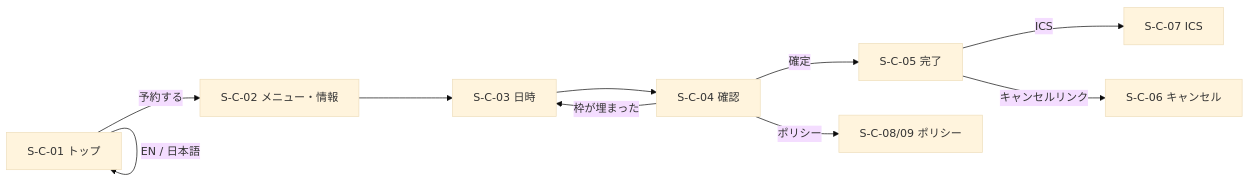
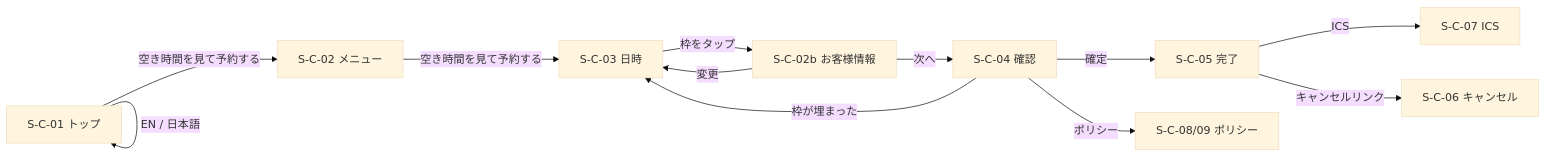
The fourth of 5 diagrams in docs/02_requirements/requirements.md (kaz-ma/barber-booking), drawn with Mermaid (base theme) before and after one commit. The commit also changed other lines of this file and 13 other files, not shown here.

````diff
--- a/docs/02_requirements/requirements.md
+++ b/docs/02_requirements/requirements.md
@@ -319,12 +323,14 @@
 ```mermaid
 flowchart LR
-  T["S-C-01 トップ"] -->|予約する| B1["S-C-02 メニュー・情報"]
-  B1 --> B2["S-C-03 日時"]
-  B2 --> B3["S-C-04 確認"]
-  B3 -->|確定| D["S-C-05 完了"]
-  B3 -->|枠が埋まった| B2
-  D -->|ICS| I["S-C-07 ICS"]
-  D -->|キャンセルリンク| X["S-C-06 キャンセル"]
-  B3 -->|ポリシー| P["S-C-08/09 ポリシー"]
-  T -->|EN / 日本語| T
+  T["S-C-01 トップ"] -->|"空き時間を見て予約する"| B1["S-C-02 メニュー"]
+  B1 -->|"空き時間を見て予約する"| B2["S-C-03 日時"]
+  B2 -->|"枠をタップ"| B4["S-C-02b お客様情報"]
+  B4 -->|"次へ"| B3["S-C-04 確認"]
+  B4 -->|"変更"| B2
+  B3 -->|"確定"| D["S-C-05 完了"]
+  B3 -->|"枠が埋まった"| B2
+  D -->|"ICS"| I["S-C-07 ICS"]
+  D -->|"キャンセルリンク"| X["S-C-06 キャンセル"]
+  B3 -->|"ポリシー"| P["S-C-08/09 ポリシー"]
+  T -->|"EN / 日本語"| T
 ```
````
